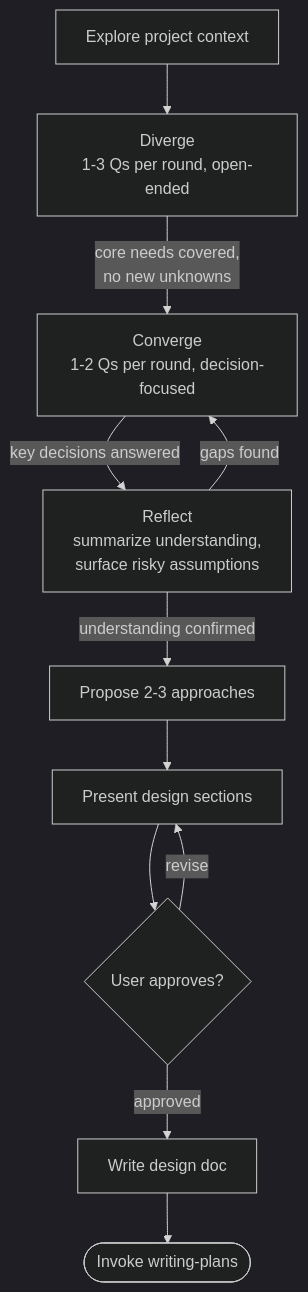
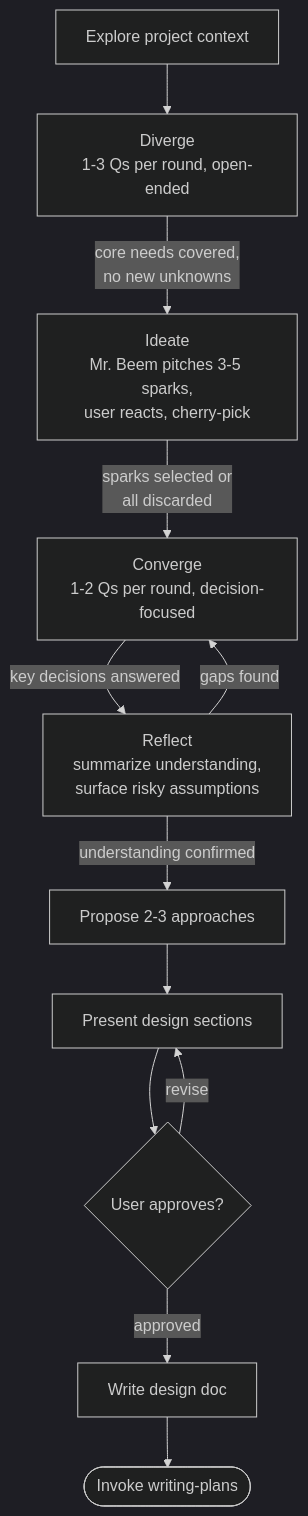
Before and after one commit to ohlulu/oh-pi: the diagram in prompts/brainstorming.md, drawn with Mermaid (dark theme). The commit also changed other lines of this file and 22 other files, not shown here.

````diff
--- a/prompts/brainstorming.md
+++ b/prompts/brainstorming.md
@@ -26,23 +26,25 @@
 ```mermaid
 flowchart TD
     context[Explore project context]
     diverge[Diverge<br/>1-3 Qs per round, open-ended]
+    ideate[Ideate<br/>Mr. Beem pitches 3-5 sparks,<br/>user reacts, cherry-pick]
     converge[Converge<br/>1-2 Qs per round, decision-focused]
     reflect[Reflect<br/>summarize understanding,<br/>surface risky assumptions]
     approach[Propose 2-3 approaches]
     design[Present design sections]
     approve{User approves?}
     doc[Write design doc]
     plans([Invoke writing-plans])
 
     context --> diverge
-    diverge -- core needs covered,<br/>no new unknowns --> converge
+    diverge -- core needs covered,<br/>no new unknowns --> ideate
+    ideate -- sparks selected or<br/>all discarded --> converge
     converge -- key decisions answered --> reflect
     reflect -- gaps found --> converge
     reflect -- understanding confirmed --> approach
     approach --> design
     design --> approve
     approve -- revise --> design
     approve -- approved --> doc
     doc --> plans
 ```
````
